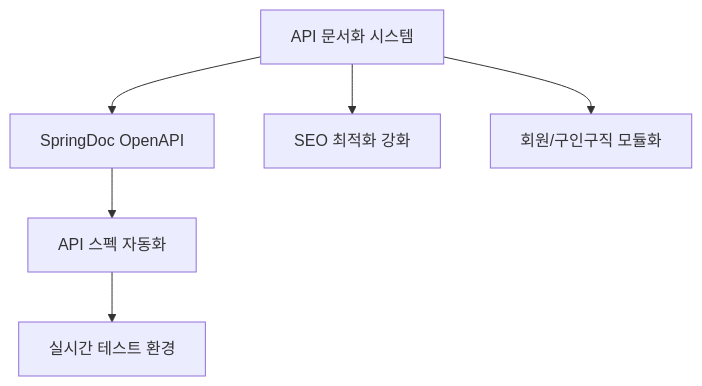
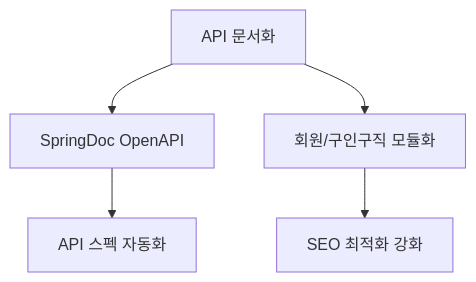
The tenth of 13 diagrams in docs/발표자료/프로젝트발표자료.md (dooseob/LightCare), drawn with Mermaid before and after one commit. The commit also changed other lines of this file and 6 other files, not shown here.

````diff
--- a/docs/발표자료/프로젝트발표자료.md
+++ b/docs/발표자료/프로젝트발표자료.md
@@ -98,8 +105,7 @@
 ```mermaid
 graph TD
-    A[API 문서화 시스템] --> B[SpringDoc OpenAPI]
+    A[API 문서화] --> B[SpringDoc OpenAPI]
     B --> C[API 스펙 자동화]
-    C --> D[실시간 테스트 환경]
-    A --> E[SEO 최적화 강화]
-    A --> F[회원/구인구직 모듈화]
+    A --> D[회원/구인구직 모듈화]
+    D --> E[SEO 최적화 강화]
 ```
````
